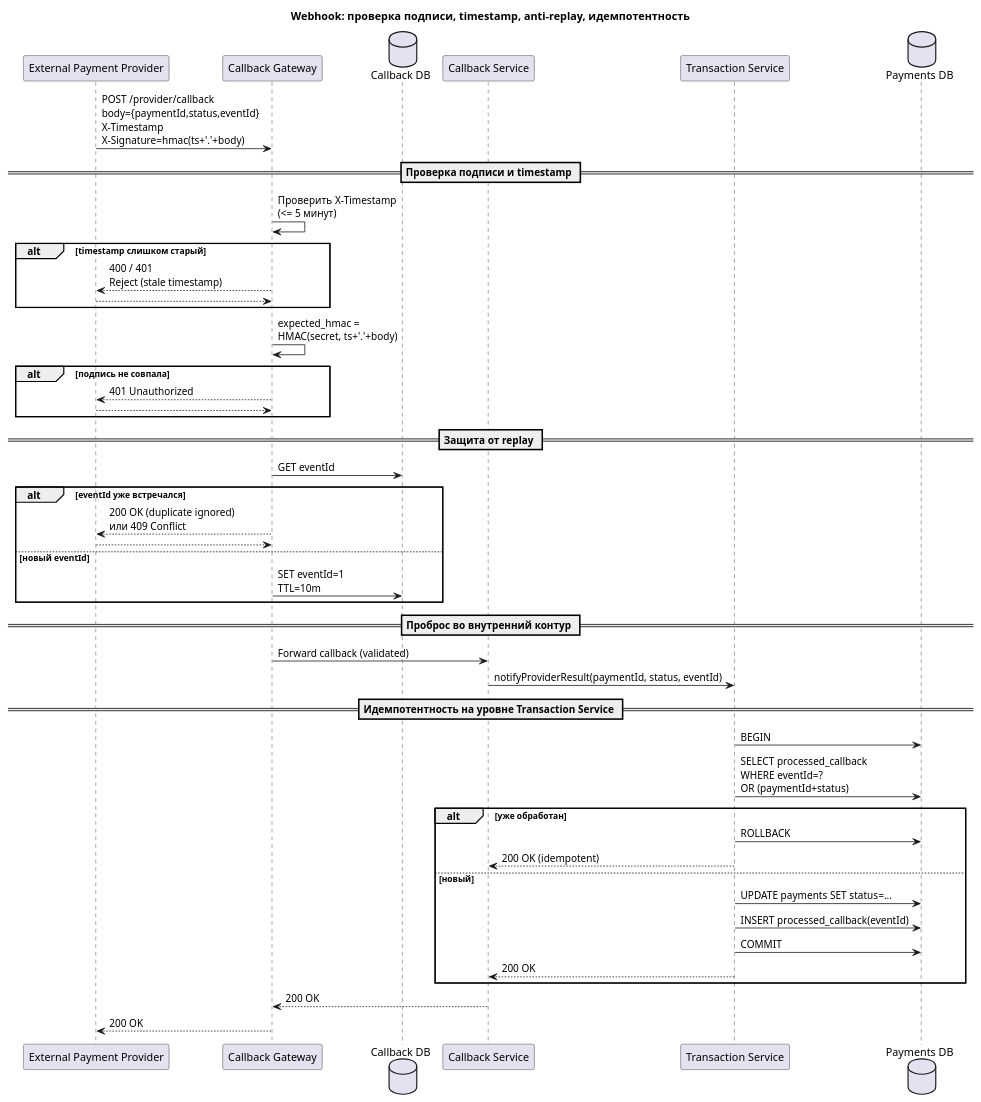
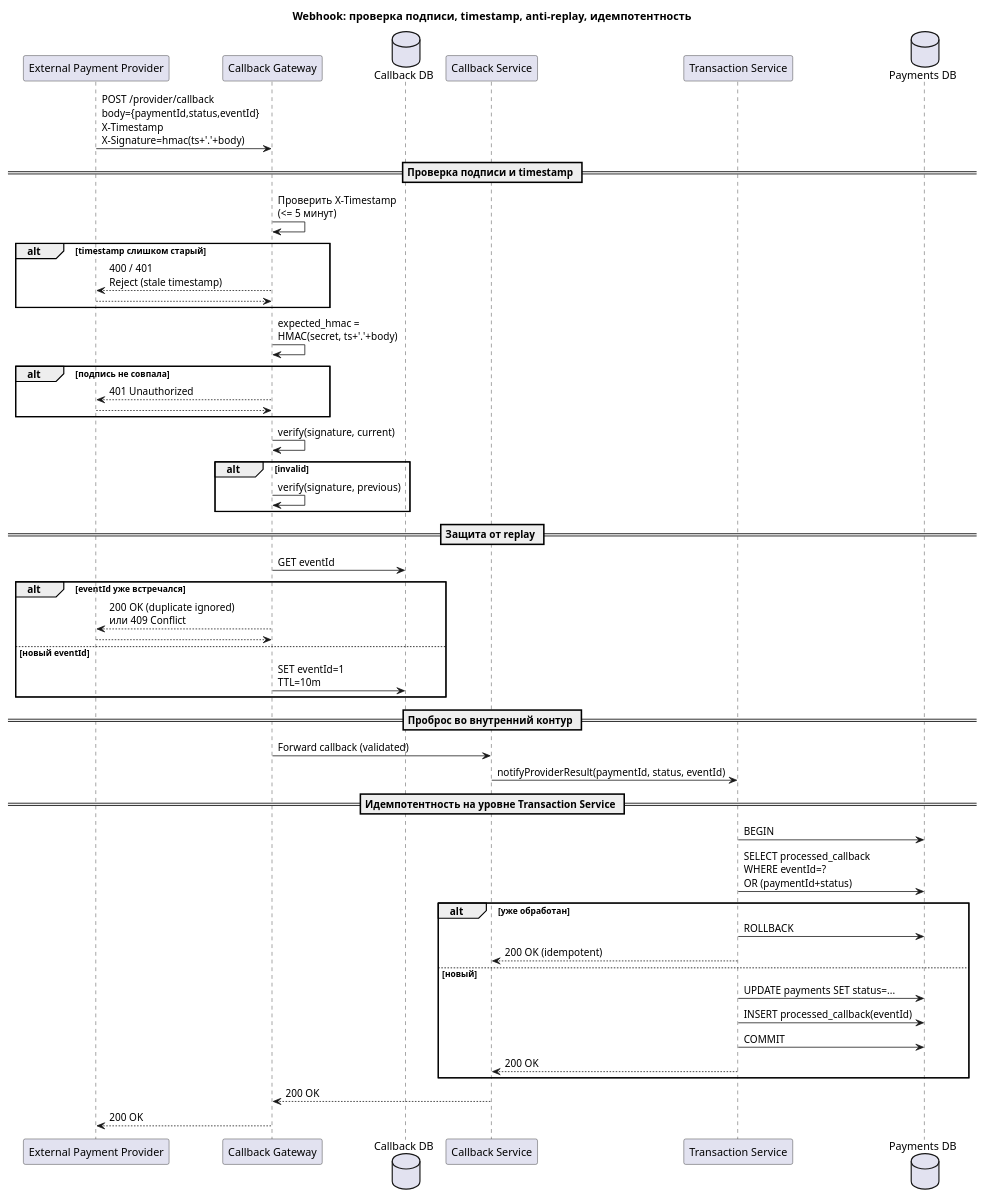
The diagram in project/Sequence/WebhookValidation.puml (vaneks/System-design), drawn with PlantUML before and after one commit. The commit also changed 17 other files, not shown here.

```diff
--- a/project/Sequence/WebhookValidation.puml
+++ b/project/Sequence/WebhookValidation.puml
@@ -1,60 +1,67 @@
 @startuml
 title Webhook: проверка подписи, timestamp, anti-replay, идемпотентность
 
 participant "External Payment Provider" as PP
 participant "Callback Gateway" as GW
 database "Callback DB" as CDB
 participant "Callback Service" as CS
 participant "Transaction Service" as TS
 database "Payments DB" as DB
 
 PP -> GW: POST /provider/callback\nbody={paymentId,status,eventId}\nX-Timestamp\nX-Signature=hmac(ts+'.'+body)
 
 == Проверка подписи и timestamp ==
+
 GW -> GW: Проверить X-Timestamp\n(<= 5 минут)
 
 alt timestamp слишком старый
     GW --> PP: 400 / 401\nReject (stale timestamp)
     return
 end
 
 GW -> GW: expected_hmac =\nHMAC(secret, ts+'.'+body)
 
 alt подпись не совпала
     GW --> PP: 401 Unauthorized
     return
+end
+
+
+GW -> GW: verify(signature, current)
+alt invalid
+  GW -> GW: verify(signature, previous)
 end
 
 == Защита от replay ==
 GW -> CDB: GET eventId
 
 alt eventId уже встречался
     GW --> PP: 200 OK (duplicate ignored)\nили 409 Conflict
     return
 else новый eventId
     GW -> CDB: SET eventId=1\nTTL=10m
 end
 
 == Проброс во внутренний контур ==
 GW -> CS: Forward callback (validated)
 
 CS -> TS: notifyProviderResult(paymentId, status, eventId)
 
 == Идемпотентность на уровне Transaction Service ==
 TS -> DB: BEGIN
 TS -> DB: SELECT processed_callback\nWHERE eventId=?\nOR (paymentId+status)
 
 alt уже обработан
     TS -> DB: ROLLBACK
     TS --> CS: 200 OK (idempotent)
 else новый
     TS -> DB: UPDATE payments SET status=...
     TS -> DB: INSERT processed_callback(eventId)
     TS -> DB: COMMIT
     TS --> CS: 200 OK
 end
 
 CS --> GW: 200 OK
 GW --> PP: 200 OK
 
 @enduml
```
